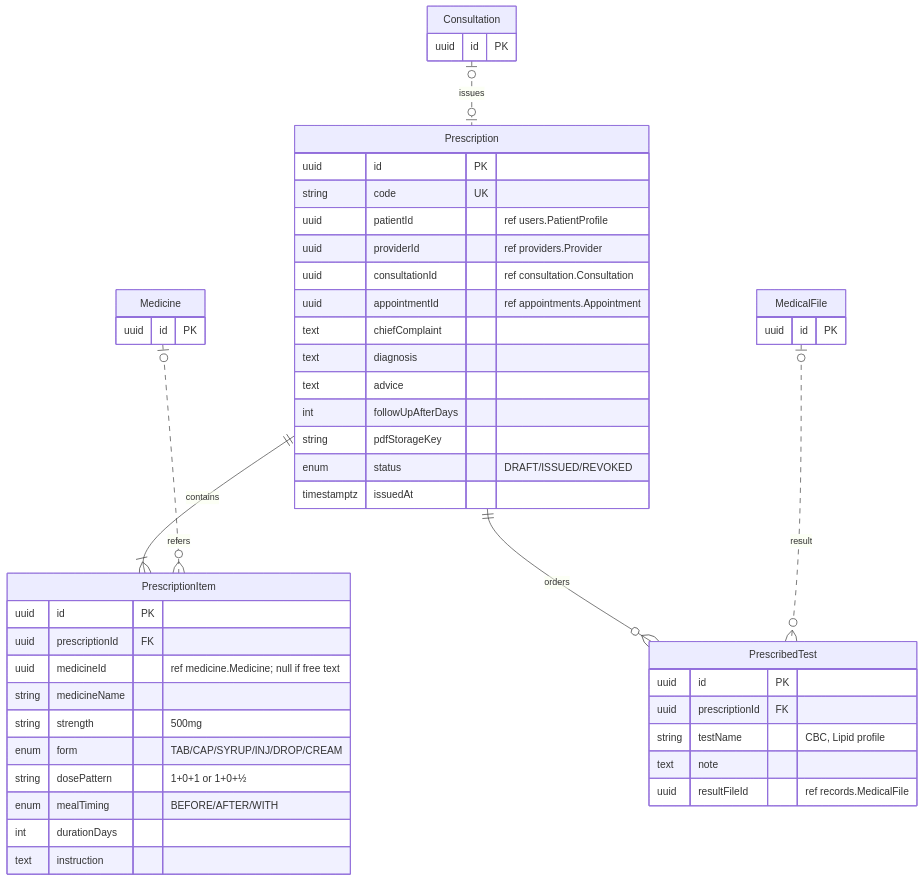
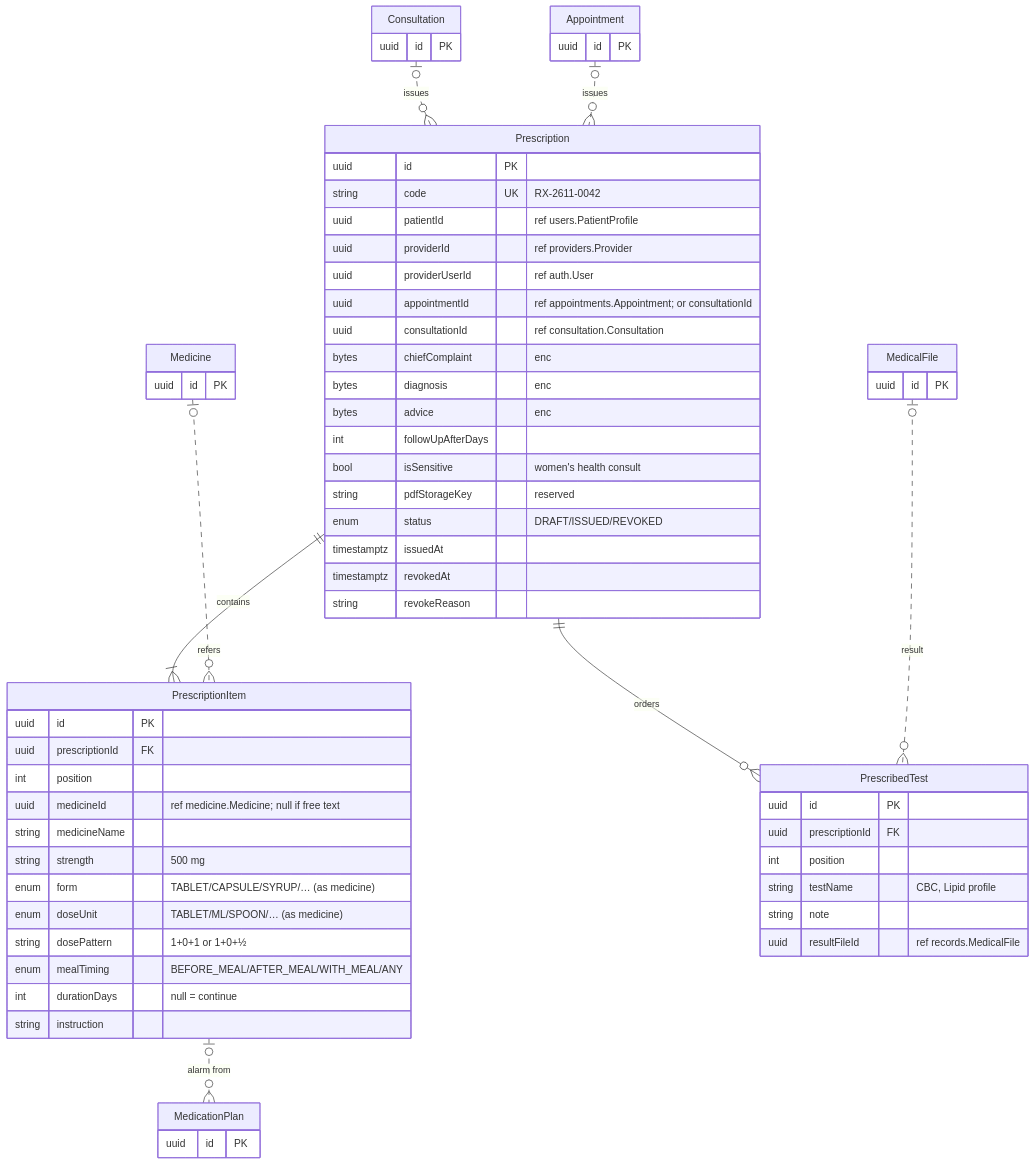
Before and after one commit to alamin00006/daily-health: the seventh of 16 diagrams in erd.md, drawn with Mermaid. The commit also changed other lines of this file and 267 other files, not shown here.

````diff
--- a/erd.md
+++ b/erd.md
@@ -550,51 +641,66 @@
 ```mermaid
 erDiagram
 Consultation {
+  uuid id PK
+}
+Appointment {
   uuid id PK
 }
 Medicine {
   uuid id PK
 }
 MedicalFile {
   uuid id PK
 }
+MedicationPlan {
+  uuid id PK
+}
 Prescription {
   uuid id PK
-  string code UK
+  string code UK "RX-2611-0042"
   uuid patientId "ref users.PatientProfile"
   uuid providerId "ref providers.Provider"
+  uuid providerUserId "ref auth.User"
+  uuid appointmentId "ref appointments.Appointment; or consultationId"
   uuid consultationId "ref consultation.Consultation"
-  uuid appointmentId "ref appointments.Appointment"
-  text chiefComplaint
-  text diagnosis
-  text advice
+  bytes chiefComplaint "enc"
+  bytes diagnosis "enc"
+  bytes advice "enc"
   int followUpAfterDays
-  string pdfStorageKey
+  bool isSensitive "women's health consult"
+  string pdfStorageKey "reserved"
   enum status "DRAFT/ISSUED/REVOKED"
   timestamptz issuedAt
+  timestamptz revokedAt
+  string revokeReason
 }
 PrescriptionItem {
   uuid id PK
   uuid prescriptionId FK
+  int position
   uuid medicineId "ref medicine.Medicine; null if free text"
   string medicineName
-  string strength "500mg"
-  enum form "TAB/CAP/SYRUP/INJ/DROP/CREAM"
+  string strength "500 mg"
+  enum form "TABLET/CAPSULE/SYRUP/… (as medicine)"
+  enum doseUnit "TABLET/ML/SPOON/… (as medicine)"
   string dosePattern "1+0+1 or 1+0+½"
-  enum mealTiming "BEFORE/AFTER/WITH"
-  int durationDays
-  text instruction
+  enum mealTiming "BEFORE_MEAL/AFTER_MEAL/WITH_MEAL/ANY"
+  int durationDays "null = continue"
+  string instruction
 }
 PrescribedTest {
   uuid id PK
   uuid prescriptionId FK
+  int position
   string testName "CBC, Lipid profile"
-  text note
+  string note
   uuid resultFileId "ref records.MedicalFile"
 }
-Consultation |o..o| Prescription : "issues"
+Consultation |o..o{ Prescription : "issues"
+Appointment |o..o{ Prescription : "issues"
 Prescription ||--|{ PrescriptionItem : "contains"
 Prescription ||--o{ PrescribedTest : "orders"
 Medicine |o..o{ PrescriptionItem : "refers"
+PrescriptionItem |o..o{ MedicationPlan : "alarm from"
 MedicalFile |o..o{ PrescribedTest : "result"
 ```
````
